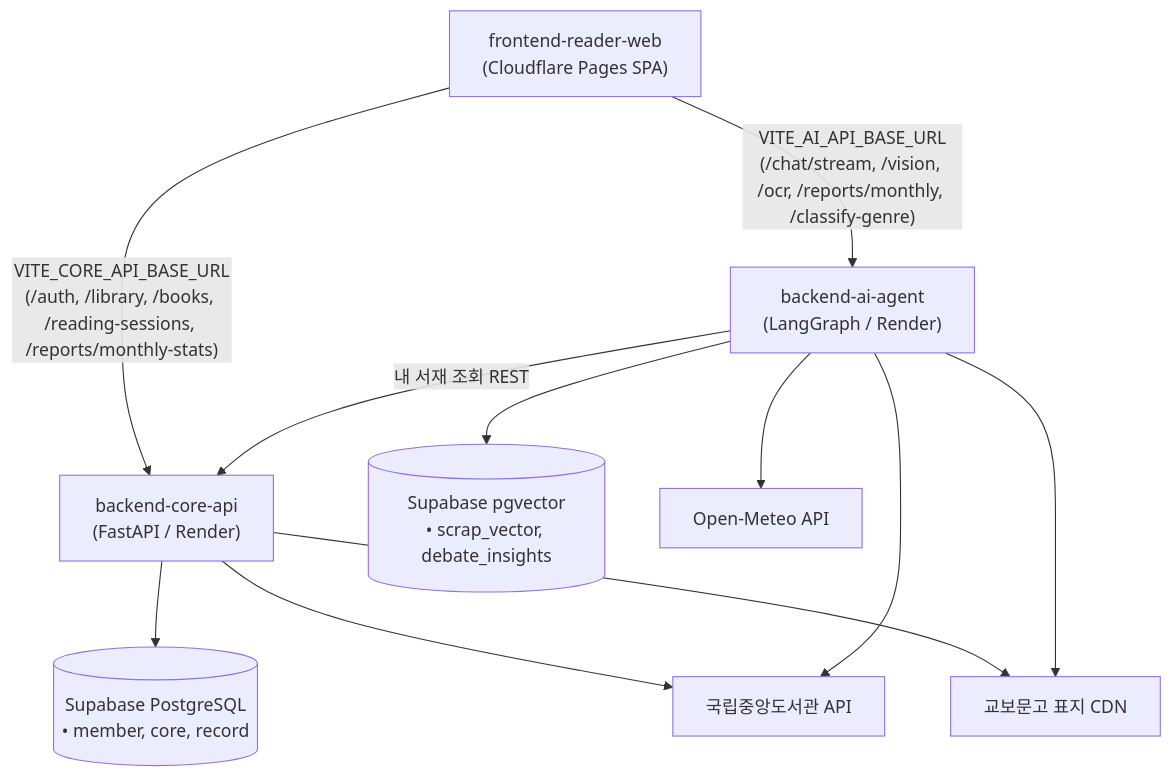
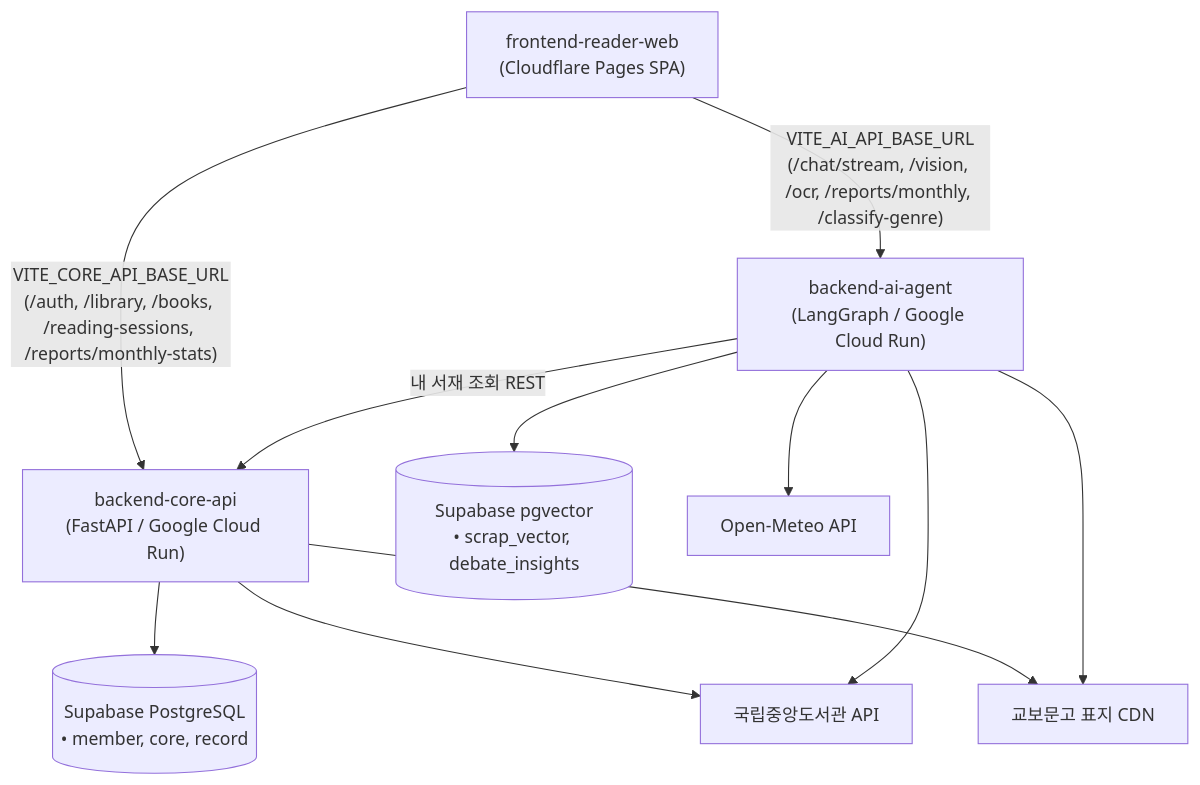
Before and after one commit to DPYB/frontend-reader-web: the diagram in README.md, drawn with Mermaid. The commit also changed 5 other files, not shown here.

````diff
--- a/README.md
+++ b/README.md
@@ -12,17 +12,17 @@
 ```mermaid
 flowchart TB
     Client["frontend-reader-web<br/>(Cloudflare Pages SPA)"]
     
-    Client -- "VITE_CORE_API_BASE_URL<br/>(/auth, /library, /books, /reading-sessions, /reports/monthly-stats)" --> Core["backend-core-api<br/>(FastAPI / Render)"]
-    Client -- "VITE_AI_API_BASE_URL<br/>(/chat/stream, /vision, /ocr, /reports/monthly, /classify-genre)" --> Agent["backend-ai-agent<br/>(LangGraph / Render)"]
+    Client -- "VITE_CORE_API_BASE_URL<br/>(/auth, /library, /books, /reading-sessions, /reports/monthly-stats)" --> Core["backend-core-api<br/>(FastAPI / Google Cloud Run)"]
+    Client -- "VITE_AI_API_BASE_URL<br/>(/chat/stream, /vision, /ocr, /reports/monthly, /classify-genre)" --> Agent["backend-ai-agent<br/>(LangGraph / Google Cloud Run)"]
 
     Core --> SupaDB[("Supabase PostgreSQL<br/>• member, core, record")]
     Core --> NL["국립중앙도서관 API"]
     Core --> Kyobo["교보문고 표지 CDN"]
 
     Agent --> SupaVec[("Supabase pgvector<br/>• scrap_vector, debate_insights")]
     Agent --> NL
     Agent --> Meteo["Open-Meteo API"]
     Agent --> Kyobo
     Agent -- "내 서재 조회 REST" --> Core
 ```
````
